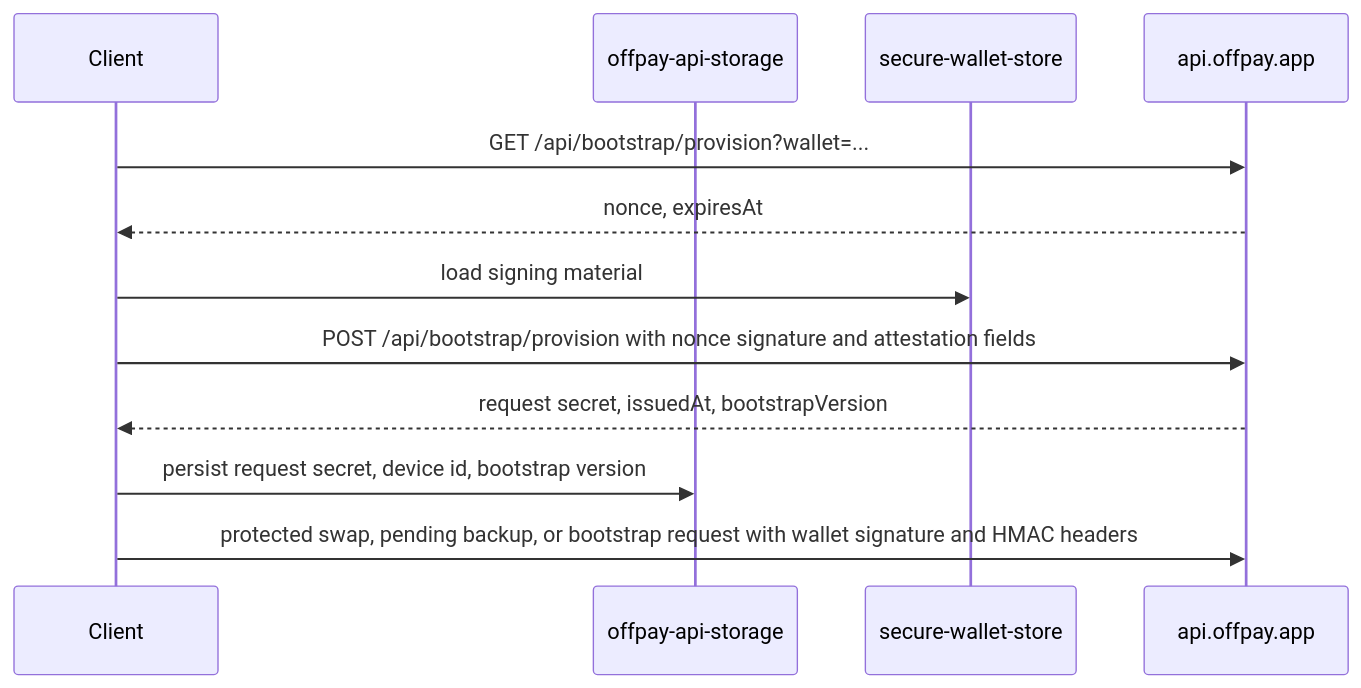
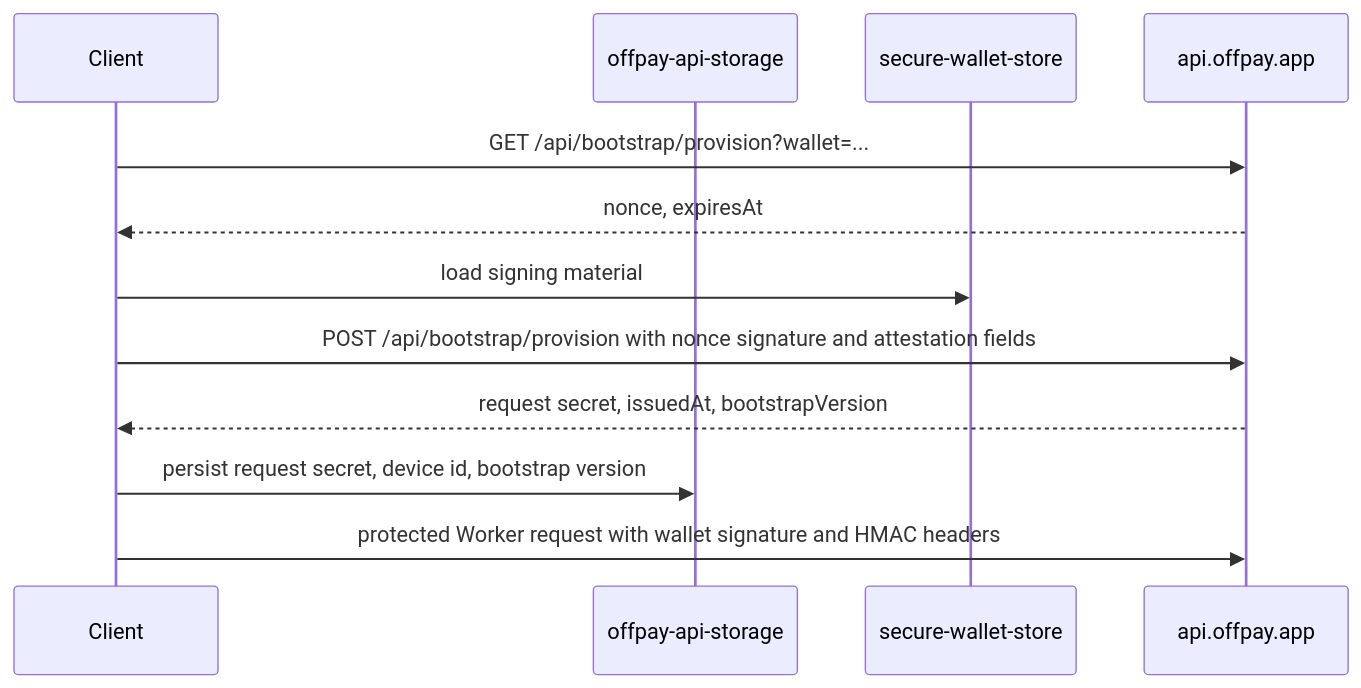
One commit to OffPay-Wallet/OffPay changed the first of 2 diagrams in documentation/api-and-auth.md. Above: the diagram before and after it, drawn with Mermaid. The commit also changed other lines of this file and 70 other files, not shown here.

````diff
--- a/documentation/api-and-auth.md
+++ b/documentation/api-and-auth.md
@@ -7,15 +7,15 @@
 ```mermaid
 sequenceDiagram
   participant Client
   participant Storage as offpay-api-storage
   participant Wallet as secure-wallet-store
   participant Backend as api.offpay.app
 
   Client->>Backend: GET /api/bootstrap/provision?wallet=...
   Backend-->>Client: nonce, expiresAt
   Client->>Wallet: load signing material
   Client->>Backend: POST /api/bootstrap/provision with nonce signature and attestation fields
   Backend-->>Client: request secret, issuedAt, bootstrapVersion
   Client->>Storage: persist request secret, device id, bootstrap version
-  Client->>Backend: protected swap, pending backup, or bootstrap request with wallet signature and HMAC headers
+  Client->>Backend: protected Worker request with wallet signature and HMAC headers
 ```
````
